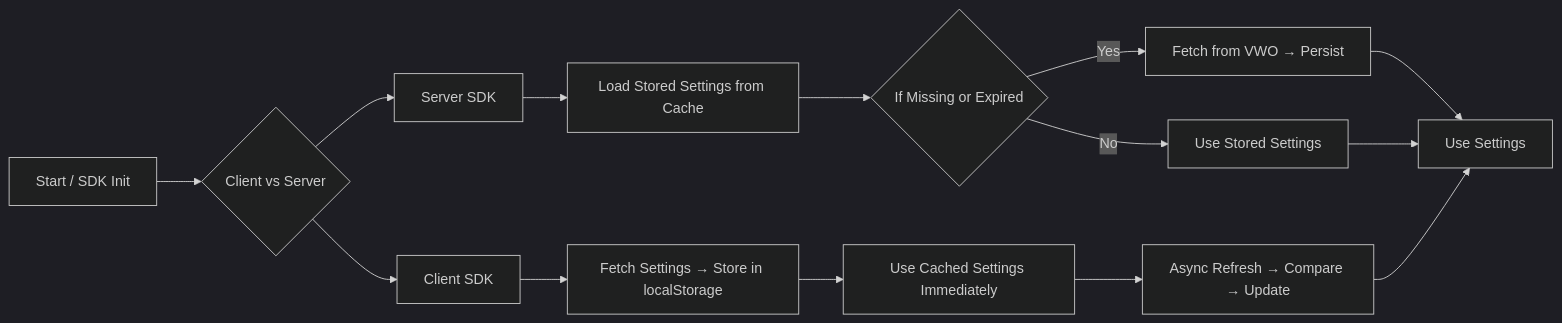
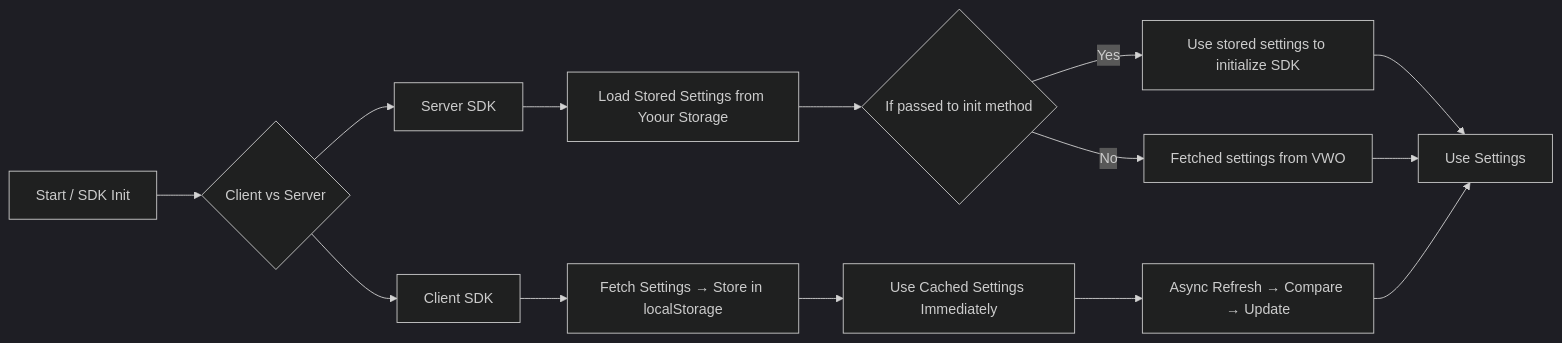
Before and after one commit to wingify/readme-central: the third of 3 diagrams in docs/Concepts/fme-sdks-caching.md, drawn with Mermaid (dark theme).

Commit message:
Update doc `fme-sdks-caching`

````diff
--- a/docs/Concepts/fme-sdks-caching.md
+++ b/docs/Concepts/fme-sdks-caching.md
@@ -186,16 +186,16 @@
 ```mermaid
 graph LR
   A[Start / SDK Init] --> B{Client vs Server}
   B --> C[Client SDK]
   B --> D[Server SDK]
   C --> E[Fetch Settings → Store in localStorage]
   E --> F[Use Cached Settings Immediately]
   F --> G[Async Refresh → Compare → Update]
-  D --> H[Load Stored Settings from Cache]
-  H --> I{If Missing or Expired}
-  I -->|Yes| J[Fetch from VWO → Persist]
-  I -->|No| K[Use Stored Settings]
+  D --> H[Load Stored Settings from Yoour Storage]
+  H --> I{If passed to init method}
+  I -->|Yes| J[Use stored settings to initialize SDK]
+  I -->|No| K[Fetched settings from VWO]
   J --> L[Use Settings]
   K --> L
   G --> L
 ```
````
